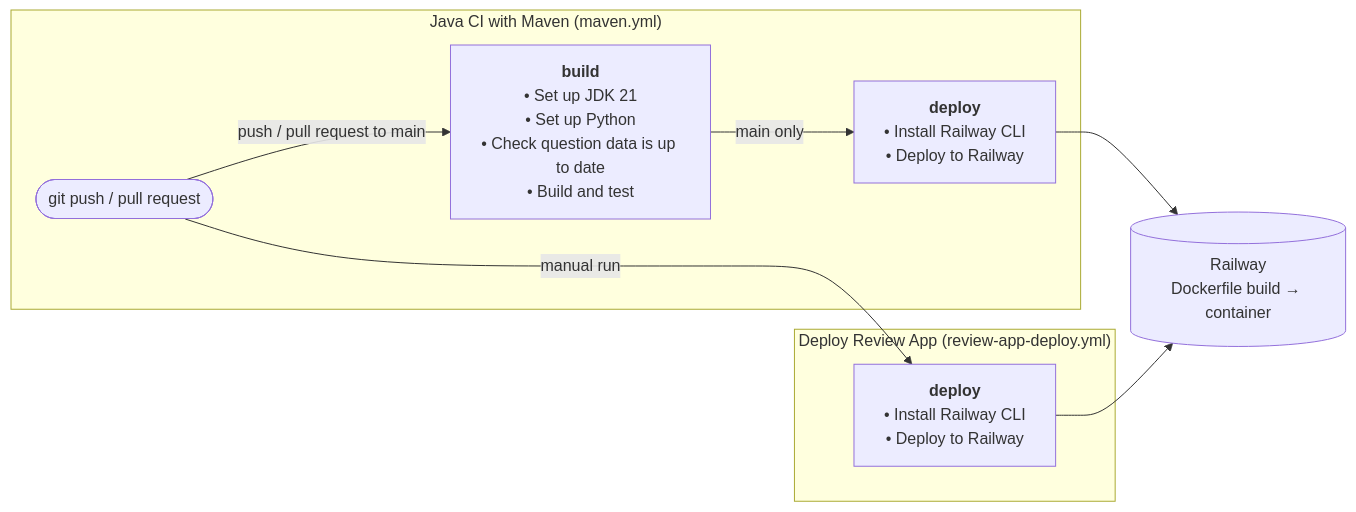
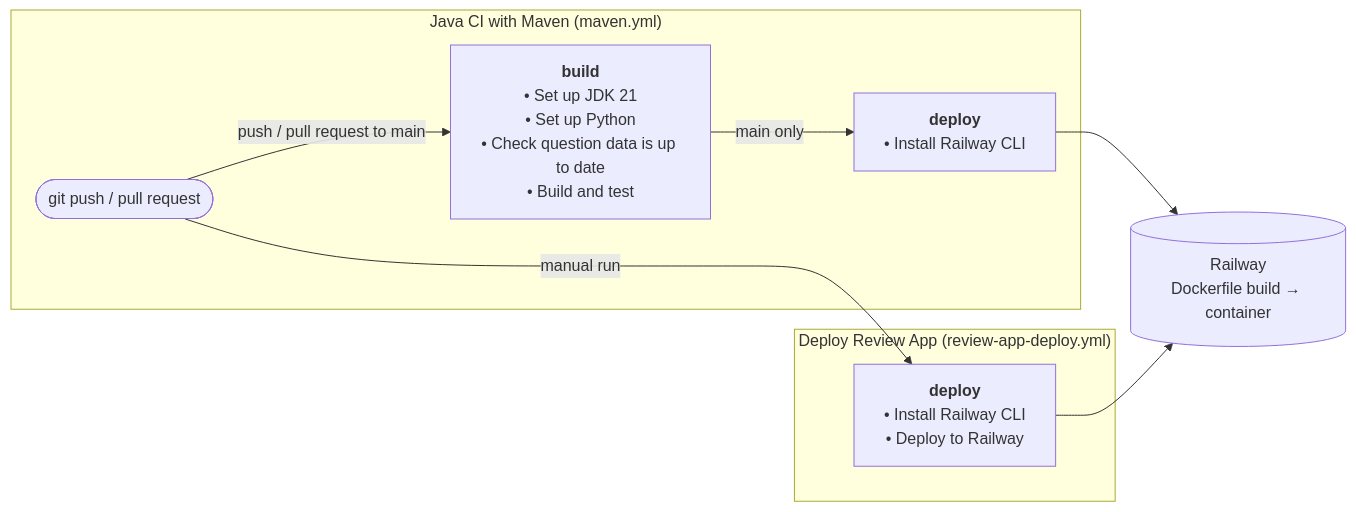
One commit to vinaynesta/QuizVerse changed the eighth of 9 diagrams in docs/ARCHITECTURE.md. Above: the diagram before and after it, drawn with Mermaid. The commit also changed other lines of this file and 777 other files, not shown here.

````diff
--- a/docs/ARCHITECTURE.md
+++ b/docs/ARCHITECTURE.md
@@ -704,17 +704,17 @@
 ```mermaid
 flowchart LR
     dev(["git push / pull request"])
     subgraph maven["Java CI with Maven (maven.yml)"]
         maven_build["<b>build</b><br/>• Set up JDK 21<br/>• Set up Python<br/>• Check question data is up to date<br/>• Build and test"]
     dev -->|push / pull request to main| maven_build
-        maven_deploy["<b>deploy</b><br/>• Install Railway CLI<br/>• Deploy to Railway"]
+        maven_deploy["<b>deploy</b><br/>• Install Railway CLI"]
         maven_build -->|main only| maven_deploy
     end
     maven_deploy --> railway
     subgraph review_app_deploy["Deploy Review App (review-app-deploy.yml)"]
         review_app_deploy_deploy["<b>deploy</b><br/>• Install Railway CLI<br/>• Deploy to Railway"]
     dev -->|manual run| review_app_deploy_deploy
     end
     review_app_deploy_deploy --> railway
     railway[("Railway<br/>Dockerfile build → container")]
 ```
````
